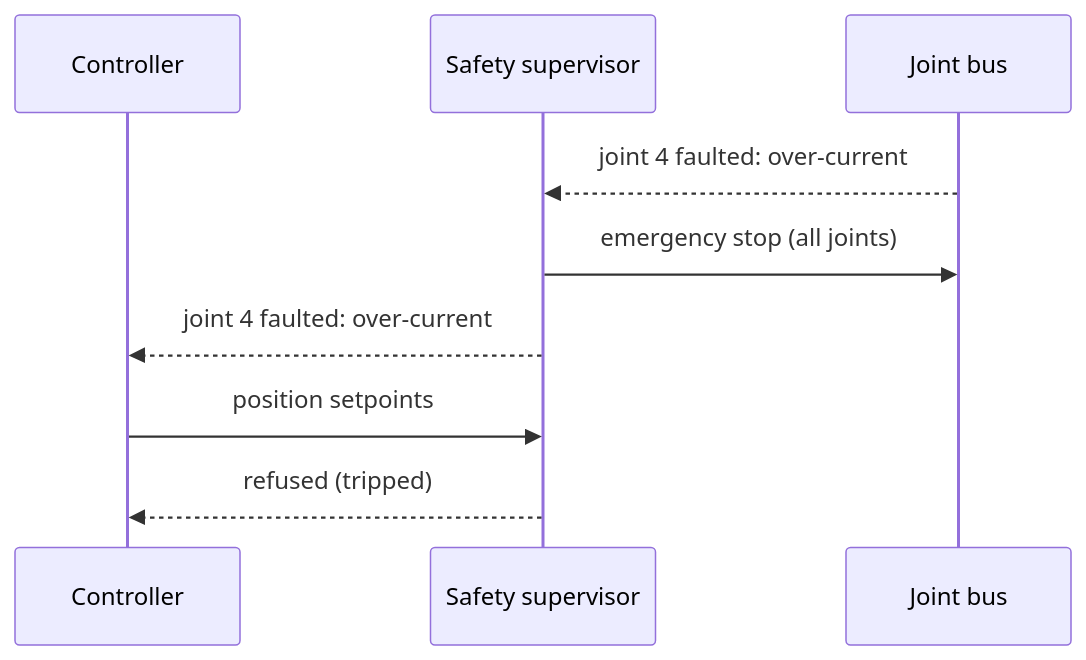
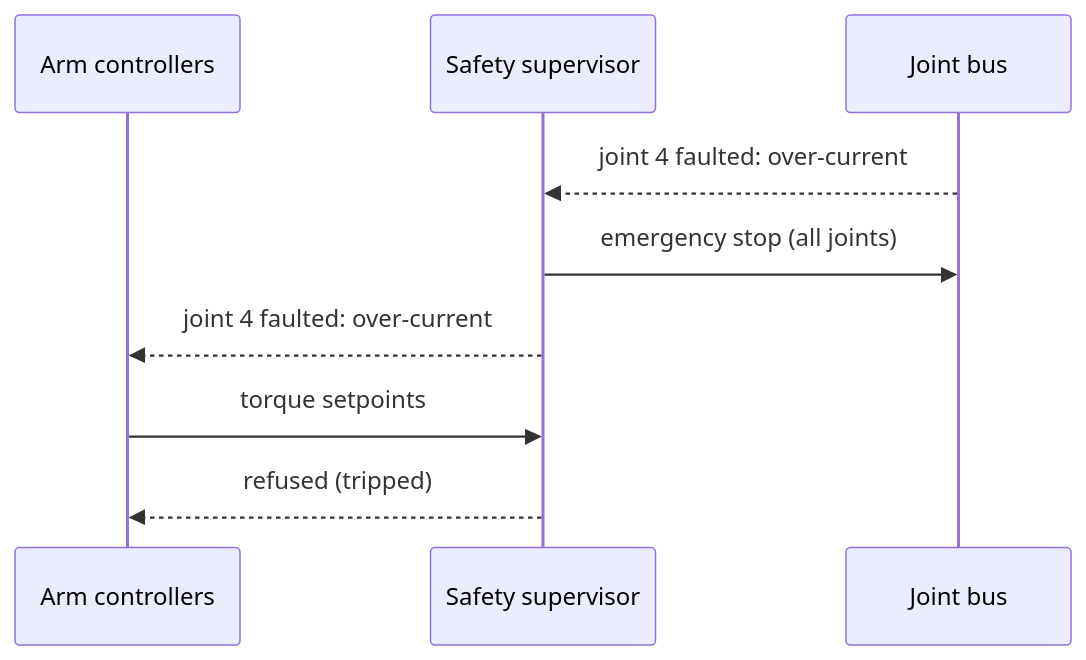
The third of 4 diagrams in documentation/design/safety.md (embedded-pro/e-robot-arm), drawn with Mermaid before and after one commit. The commit also changed other lines of this file and 7 other files, not shown here.

````diff
--- a/documentation/design/safety.md
+++ b/documentation/design/safety.md
@@ -168,11 +295,11 @@
 ```mermaid
 sequenceDiagram
-    participant C as Controller
+    participant C as Arm controllers
     participant S as Safety supervisor
     participant B as Joint bus
     B-->>S: joint 4 faulted: over-current
     S->>B: emergency stop (all joints)
     S-->>C: joint 4 faulted: over-current
-    C->>S: position setpoints
+    C->>S: torque setpoints
     S-->>C: refused (tripped)
 ```
````
